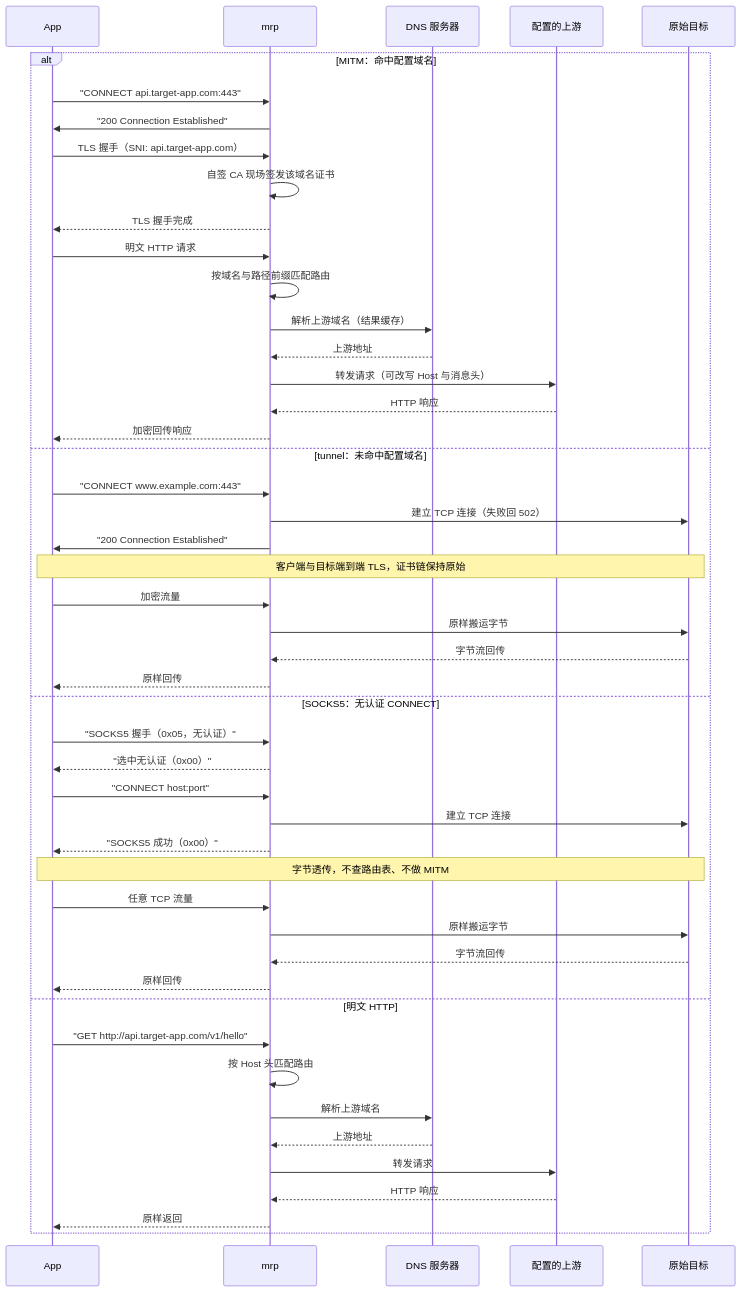
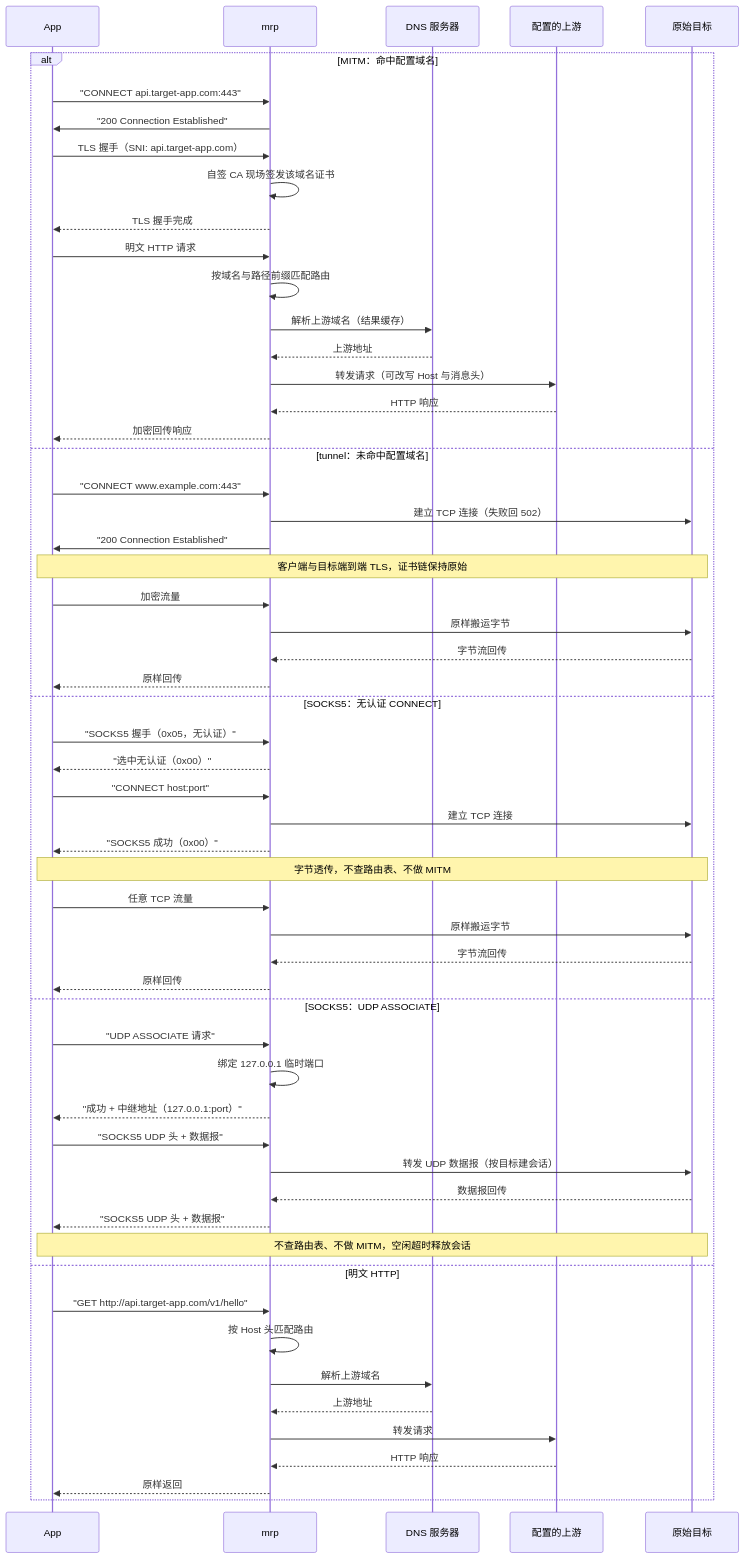
One commit to isunk/MyReverseProxy changed the diagram in README.md. Above: the diagram before and after it, drawn with Mermaid. The commit also changed other lines of this file and 25 other files, not shown here.

First line of the commit message:
feat: 新增 SOCKS5 UDP ASSOCIATE 中继与 netutil 抽取，修复检视发现的边界缺陷

````diff
--- a/README.md
+++ b/README.md
@@ -27,51 +27,60 @@
 ```mermaid
 sequenceDiagram
     participant App as App
     participant mrp as mrp
     participant DNS as DNS 服务器
     participant Up as 配置的上游
     participant Tgt as 原始目标
 
     alt MITM：命中配置域名
         App->>mrp: "CONNECT api.target-app.com:443"
         mrp->>App: "200 Connection Established"
         App->>mrp: TLS 握手（SNI: api.target-app.com）
         mrp->>mrp: 自签 CA 现场签发该域名证书
         mrp-->>App: TLS 握手完成
         App->>mrp: 明文 HTTP 请求
         mrp->>mrp: 按域名与路径前缀匹配路由
         mrp->>DNS: 解析上游域名（结果缓存）
         DNS-->>mrp: 上游地址
         mrp->>Up: 转发请求（可改写 Host 与消息头）
         Up-->>mrp: HTTP 响应
         mrp-->>App: 加密回传响应
     else tunnel：未命中配置域名
         App->>mrp: "CONNECT www.example.com:443"
         mrp->>Tgt: 建立 TCP 连接（失败回 502）
         mrp->>App: "200 Connection Established"
         Note over App,Tgt: 客户端与目标端到端 TLS，证书链保持原始
         App->>mrp: 加密流量
         mrp->>Tgt: 原样搬运字节
         Tgt-->>mrp: 字节流回传
         mrp-->>App: 原样回传
     else SOCKS5：无认证 CONNECT
         App->>mrp: "SOCKS5 握手（0x05，无认证）"
         mrp-->>App: "选中无认证（0x00）"
         App->>mrp: "CONNECT host:port"
         mrp->>Tgt: 建立 TCP 连接
         mrp-->>App: "SOCKS5 成功（0x00）"
         Note over App,Tgt: 字节透传，不查路由表、不做 MITM
         App->>mrp: 任意 TCP 流量
         mrp->>Tgt: 原样搬运字节
         Tgt-->>mrp: 字节流回传
         mrp-->>App: 原样回传
+    else SOCKS5：UDP ASSOCIATE
+        App->>mrp: "UDP ASSOCIATE 请求"
+        mrp->>mrp: 绑定 127.0.0.1 临时端口
+        mrp-->>App: "成功 + 中继地址（127.0.0.1:port）"
+        App->>mrp: "SOCKS5 UDP 头 + 数据报"
+        mrp->>Tgt: 转发 UDP 数据报（按目标建会话）
+        Tgt-->>mrp: 数据报回传
+        mrp-->>App: "SOCKS5 UDP 头 + 数据报"
+        Note over App,Tgt: 不查路由表、不做 MITM，空闲超时释放会话
     else 明文 HTTP
         App->>mrp: "GET http://api.target-app.com/v1/hello"
         mrp->>mrp: 按 Host 头匹配路由
         mrp->>DNS: 解析上游域名
         DNS-->>mrp: 上游地址
         mrp->>Up: 转发请求
         Up-->>mrp: HTTP 响应
         mrp-->>App: 原样返回
     end
 ```
````
